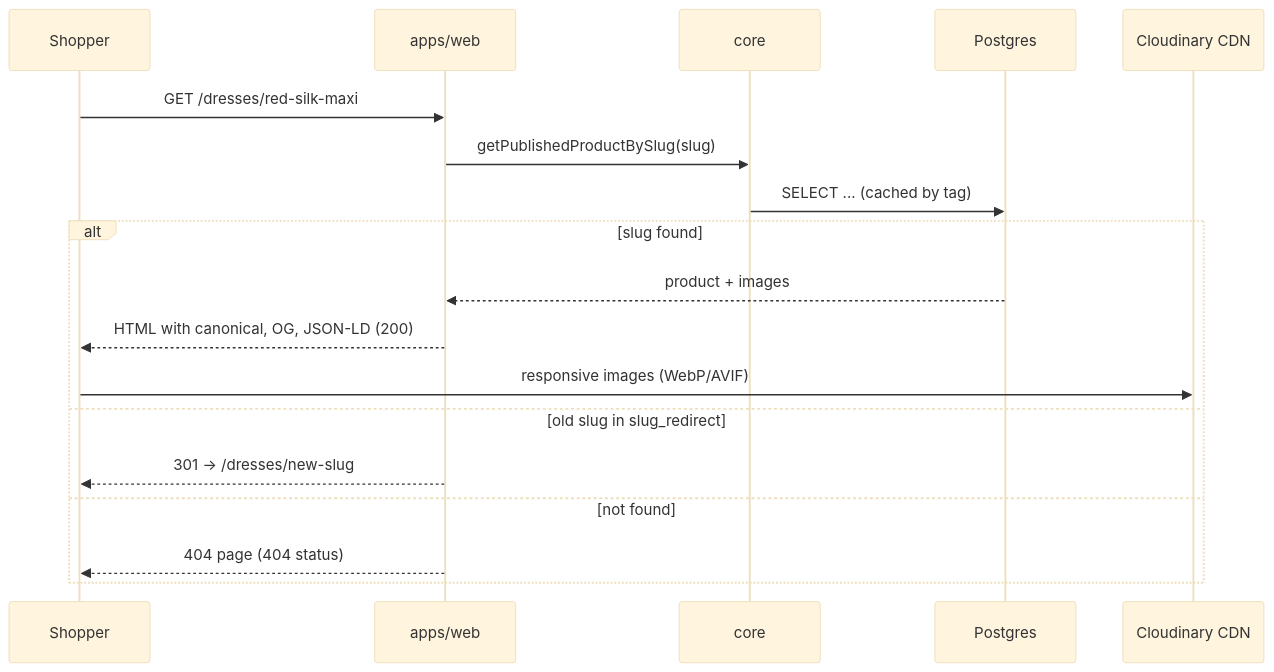
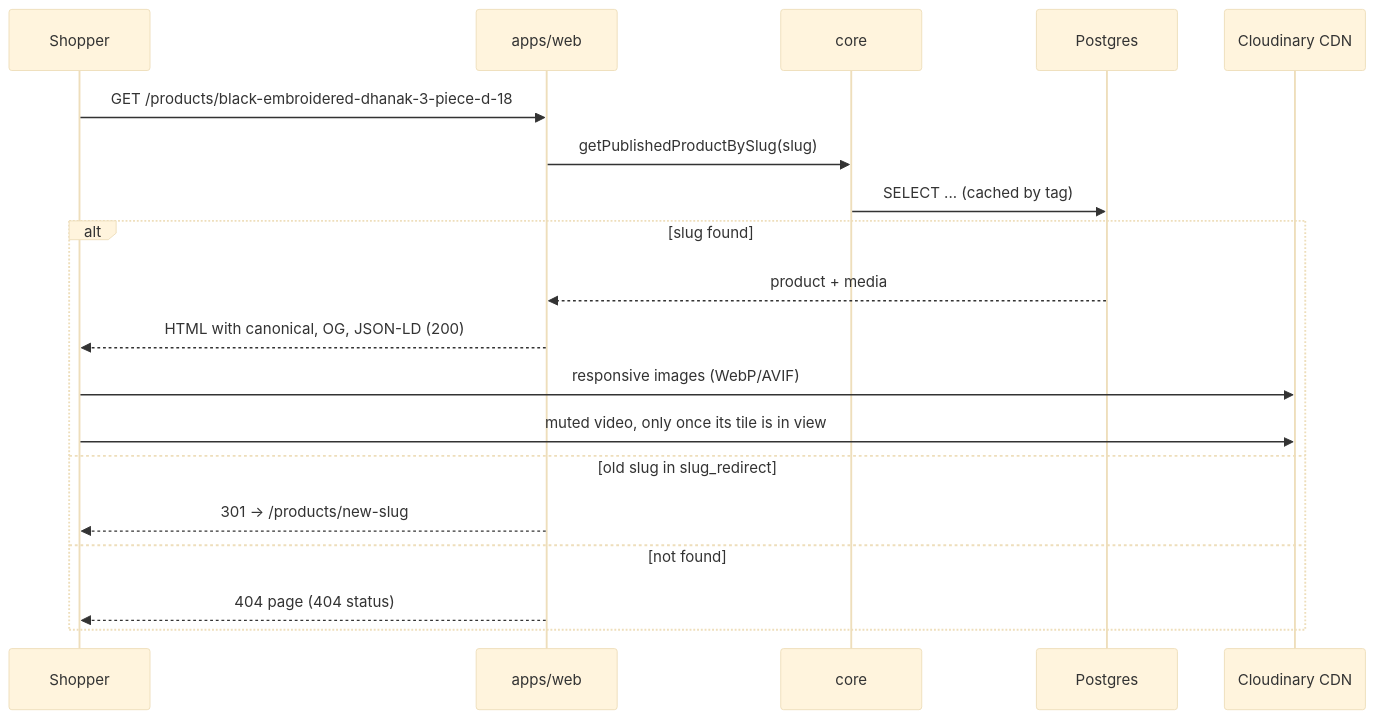
Before and after one commit to ammar-2408/mustafa-apparels: the second of 2 diagrams in docs/architecture.md, drawn with Mermaid (base theme). The commit also changed other lines of this file, not shown here.

Commit message:
docs: update architecture for Netlify, video, GA4 and two-tier CSP

````diff
--- a/docs/architecture.md
+++ b/docs/architecture.md
@@ -140,20 +154,21 @@
 ```mermaid
 sequenceDiagram
   participant U as Shopper
   participant W as apps/web
   participant C as core
   participant P as Postgres
   participant CL as Cloudinary CDN
-  U->>W: GET /dresses/red-silk-maxi
+  U->>W: GET /products/black-embroidered-dhanak-3-piece-d-18
   W->>C: getPublishedProductBySlug(slug)
   C->>P: SELECT ... (cached by tag)
   alt slug found
-    P-->>W: product + images
+    P-->>W: product + media
     W-->>U: HTML with canonical, OG, JSON-LD (200)
     U->>CL: responsive images (WebP/AVIF)
+    U->>CL: muted video, only once its tile is in view
   else old slug in slug_redirect
-    W-->>U: 301 → /dresses/new-slug
+    W-->>U: 301 → /products/new-slug
   else not found
     W-->>U: 404 page (404 status)
   end
 ```
````
